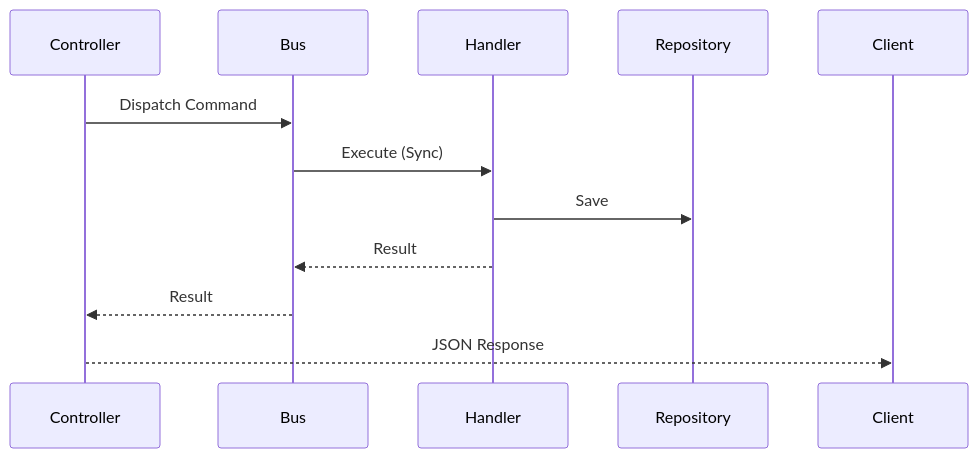
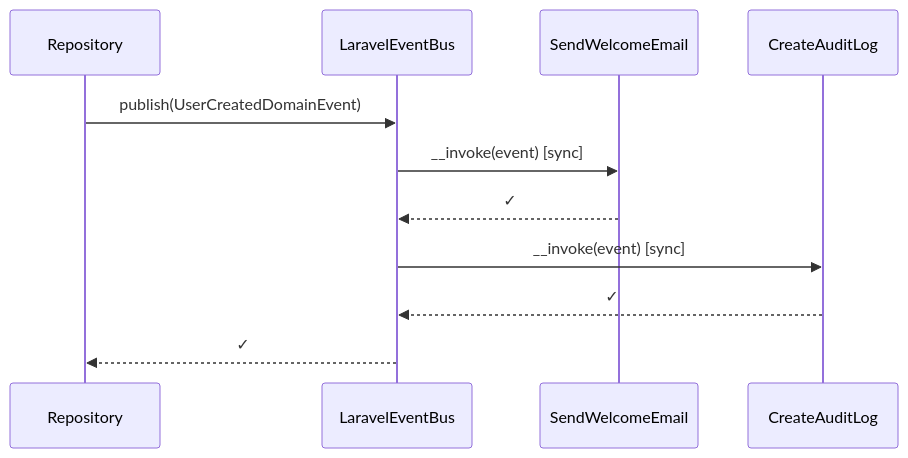
One commit to dbravoan/dba-ddd-skeleton changed the second of 4 diagrams in README.md. Above: the diagram before and after it, drawn with Mermaid. The commit also changed other lines of this file and 102 other files, not shown here.

Commit message:
feat: harden skeleton architecture, remove dead code, and align docs

````diff
--- a/README.md
+++ b/README.md
@@ -269,9 +493,14 @@
 ```mermaid
 sequenceDiagram
-    Controller->>Bus: Dispatch Command
-    Bus->>Handler: Execute (Sync)
-    Handler->>Repository: Save
-    Handler-->>Bus: Result
-    Bus-->>Controller: Result
-    Controller-->>Client: JSON Response
+    participant R as Repository
+    participant EB as LaravelEventBus
+    participant S1 as SendWelcomeEmail
+    participant S2 as CreateAuditLog
+
+    R->>EB: publish(UserCreatedDomainEvent)
+    EB->>S1: __invoke(event) [sync]
+    S1-->>EB: ✓
+    EB->>S2: __invoke(event) [sync]
+    S2-->>EB: ✓
+    EB-->>R: ✓
 ```
````
